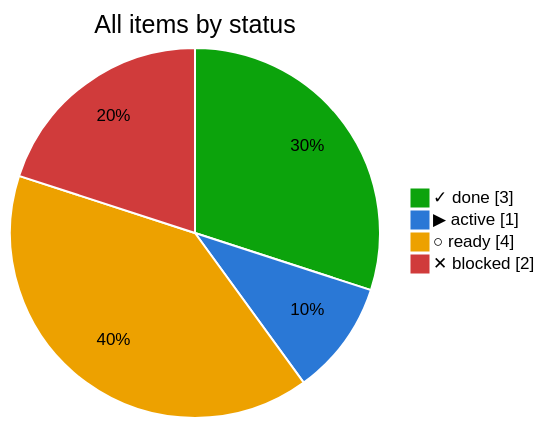
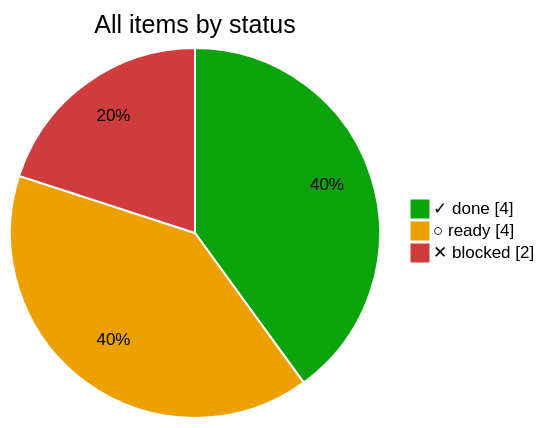
One commit to bvraghav/pmtrack changed the second of 4 diagrams in progress/README.md. Above: the diagram before and after it, drawn with Mermaid. The commit also changed other lines of this file and 5 other files, not shown here.

````diff
--- a/progress/README.md
+++ b/progress/README.md
@@ -22,8 +22,7 @@
 ```mermaid
-%%{init: {"themeVariables": {"pie1": "#0ca30c", "pie2": "#2a78d6", "pie3": "#eda100", "pie4": "#d03b3b", "pieOpacity": "1", "pieSectionTextColor": "#000", "pieStrokeColor": "#fff", "pieStrokeWidth": "2px", "pieOuterStrokeWidth": "0px"}}}%%
+%%{init: {"themeVariables": {"pie1": "#0ca30c", "pie2": "#eda100", "pie3": "#d03b3b", "pieOpacity": "1", "pieSectionTextColor": "#000", "pieStrokeColor": "#fff", "pieStrokeWidth": "2px", "pieOuterStrokeWidth": "0px"}}}%%
 pie showData title All items by status
-  "✓ done" : 3
-  "▶ active" : 1
+  "✓ done" : 4
   "○ ready" : 4
   "✕ blocked" : 2
 ```
````
